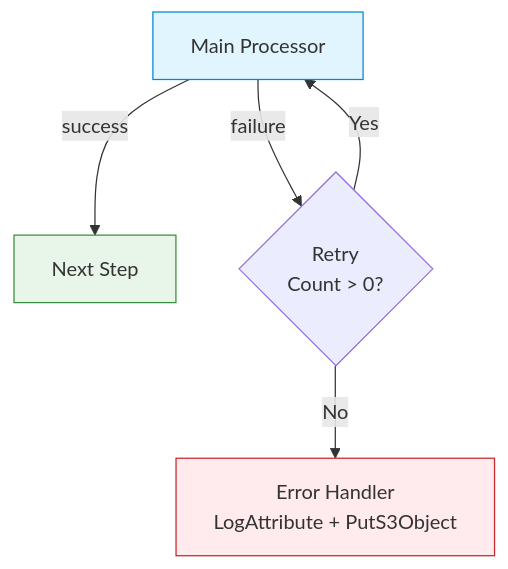
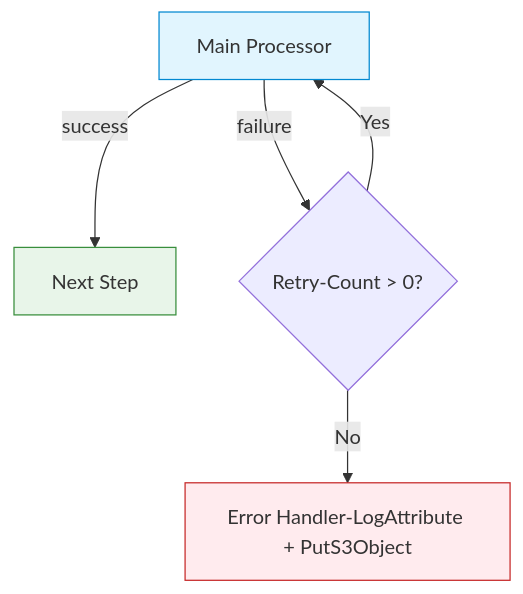
One commit to trangtoan293/hanas-doc changed the second of 2 diagrams in website/docs/01-ingestion/apache-nifi/best-practices.md. Above: the diagram before and after it, drawn with Mermaid. The commit also changed other lines of this file and 6 other files, not shown here.

````diff
--- a/website/docs/01-ingestion/apache-nifi/best-practices.md
+++ b/website/docs/01-ingestion/apache-nifi/best-practices.md
@@ -83,11 +83,11 @@
 ```mermaid
 flowchart TB
     Process["Main Processor"] -->|success| Next["Next Step"]
-    Process -->|failure| Retry{"Retry\nCount > 0?"}
+    Process -->|failure| Retry{"Retry-Count > 0?"}
     Retry -->|Yes| Process
-    Retry -->|No| ErrorHandler["Error Handler\nLogAttribute + PutS3Object"]
+    Retry -->|No| ErrorHandler["Error Handler-LogAttribute + PutS3Object"]
     
     style Process fill:#e1f5fe,stroke:#0288d1
     style Next fill:#e8f5e9,stroke:#388e3c
     style ErrorHandler fill:#ffebee,stroke:#c62828
 ```
````
